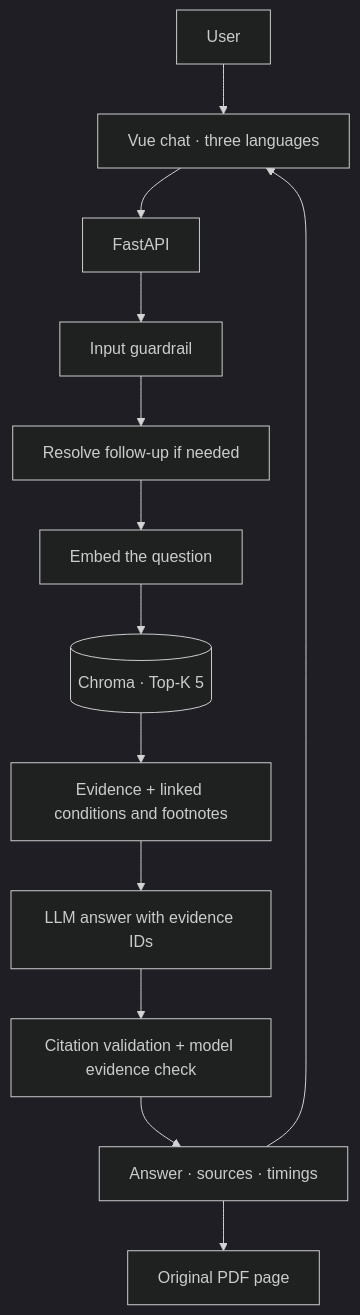
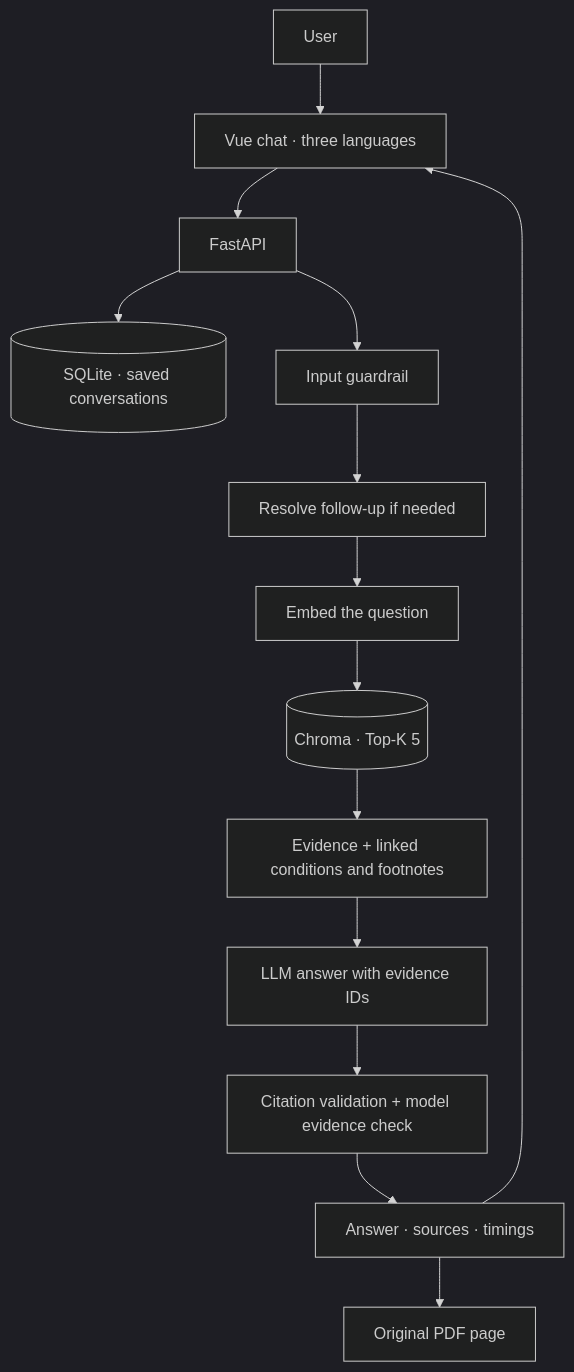
One commit to newDarwin100/InsureTutor changed the diagram in README.md. Above: the diagram before and after it, drawn with Mermaid (dark theme). The commit also changed other lines of this file and 18 other files, not shown here.

````diff
--- a/README.md
+++ b/README.md
@@ -51,15 +53,16 @@
 ```mermaid
 flowchart TD
     User --> UI[Vue chat · three languages]
     UI --> API[FastAPI]
+    API --> History[(SQLite · saved conversations)]
     API --> Guard[Input guardrail]
     Guard --> Context[Resolve follow-up if needed]
     Context --> Embed[Embed the question]
     Embed --> DB[(Chroma · Top-K 5)]
     DB --> Evidence[Evidence + linked conditions and footnotes]
     Evidence --> Draft[LLM answer with evidence IDs]
     Draft --> Check[Citation validation + model evidence check]
     Check --> Result[Answer · sources · timings]
     Result --> UI
     Result --> PDF[Original PDF page]
 ```
````
